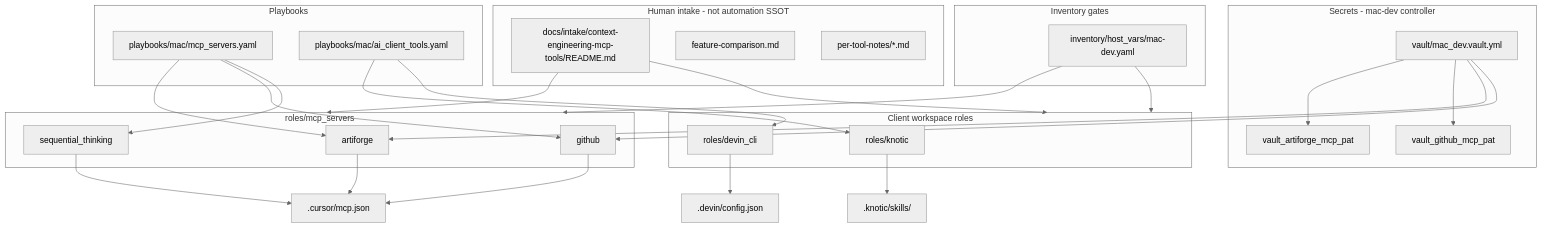
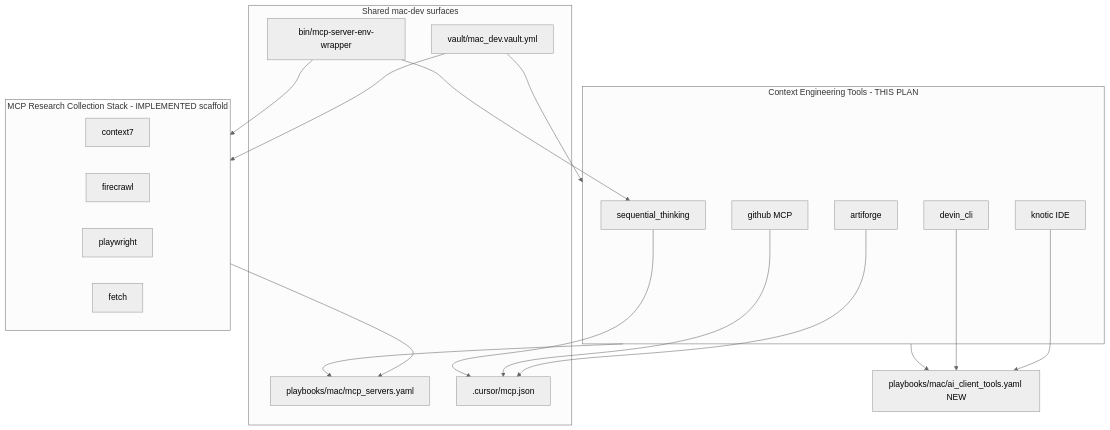
One commit to doesitscript/dotfile-vnext changed the diagram in .cursor/plans/context_engineering_mcp_roles_b2df8332.plan.md. Above: the diagram before and after it, drawn with Mermaid (neutral theme). The commit also changed other lines of this file, not shown here.

First line of the commit message:
plan(mcp): align context engineering roles with research stack [WIP]

````diff
--- a/.cursor/plans/context_engineering_mcp_roles_b2df8332.plan.md
+++ b/.cursor/plans/context_engineering_mcp_roles_b2df8332.plan.md
@@ -51,53 +76,37 @@
 ```mermaid
-graph TB
-  subgraph humanDocs [Human intake - not automation SSOT]
-    intake[docs/intake/context-engineering-mcp-tools/README.md]
-    compare[feature-comparison.md]
-    notes[per-tool-notes/*.md]
+flowchart TB
+  subgraph researchStack [MCP Research Collection Stack - IMPLEMENTED scaffold]
+    c7[context7]
+    fc[firecrawl]
+    pw[playwright]
+    fe[fetch]
   end
 
-  subgraph vault [Secrets - mac-dev controller]
-    macVault[vault/mac_dev.vault.yml]
-    patArt[vault_artiforge_mcp_pat]
-    patGh[vault_github_mcp_pat]
-    macVault --> patArt
-    macVault --> patGh
+  subgraph contextEng [Context Engineering Tools - THIS PLAN]
+    art[artiforge]
+    gh[github MCP]
+    seq[sequential_thinking]
+    kn[knotic IDE]
+    dv[devin_cli]
   end
 
-  subgraph inventory [Inventory gates]
-    macDev[inventory/host_vars/mac-dev.yaml]
+  subgraph shared [Shared mac-dev surfaces]
+    playbook[playbooks/mac/mcp_servers.yaml]
+    vault[vault/mac_dev.vault.yml]
+    wrapper[bin/mcp-server-env-wrapper]
+    cursor[.cursor/mcp.json]
   end
 
-  subgraph mcpRoles [roles/mcp_servers]
-    artiforge[artiforge]
-    github[github]
-    seqThink[sequential_thinking]
-  end
-
-  subgraph clientRoles [Client workspace roles]
-    knotic[roles/knotic]
-    devin[roles/devin_cli]
-  end
-
-  subgraph playbooks [Playbooks]
-    mcpPlay[playbooks/mac/mcp_servers.yaml]
-    clientPlay[playbooks/mac/ai_client_tools.yaml]
-  end
-
-  intake --> mcpRoles
-  intake --> clientRoles
-  macVault --> artiforge
-  macVault --> github
-  macDev --> mcpRoles
-  macDev --> clientRoles
-  mcpPlay --> artiforge
-  mcpPlay --> github
-  mcpPlay --> seqThink
-  clientPlay --> knotic
-  clientPlay --> devin
-  artiforge --> cursorJson[.cursor/mcp.json]
-  github --> cursorJson
-  seqThink --> cursorJson
-  devin --> devinJson[.devin/config.json]
-  knotic --> knotSkills[.knotic/skills/]
+  researchStack --> playbook
+  contextEng --> playbook
+  contextEng --> aiClientPlay[playbooks/mac/ai_client_tools.yaml NEW]
+  kn --> aiClientPlay
+  dv --> aiClientPlay
+  vault --> researchStack
+  vault --> contextEng
+  wrapper --> researchStack
+  wrapper --> seq
+  art --> cursor
+  gh --> cursor
+  seq --> cursor
 ```
````
